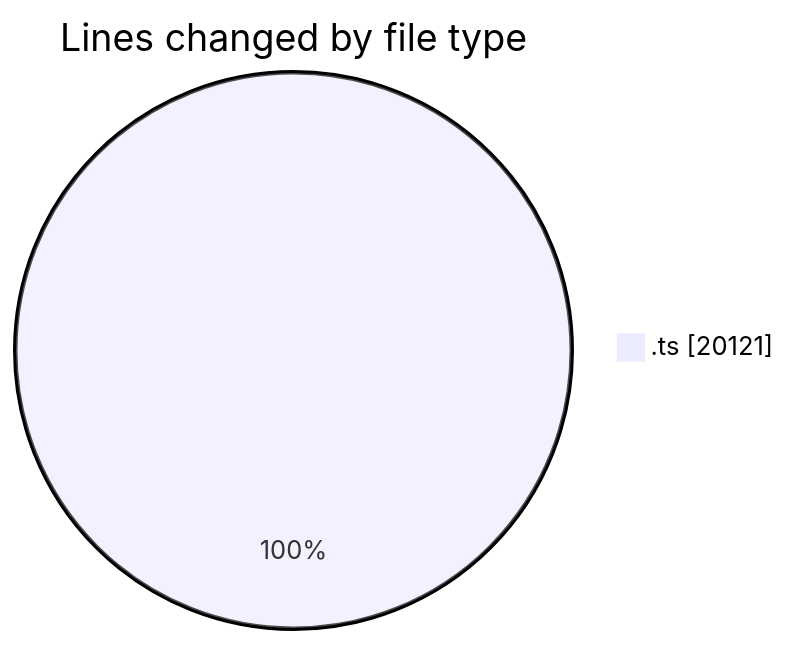
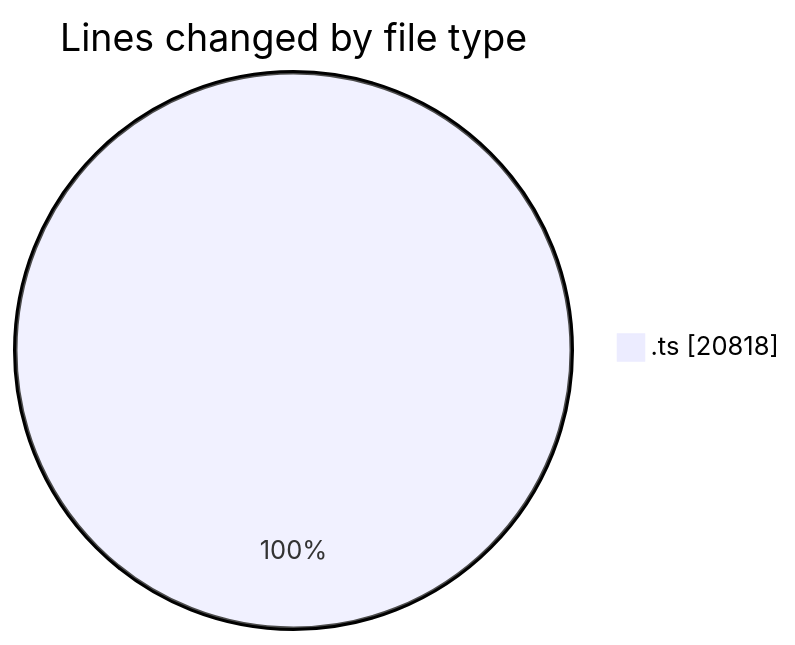
One commit to momahboobian/code-tracking changed the first of 2 diagrams in 2025-09-09/cda/README.md. Above: the diagram before and after it, drawn with Mermaid. The commit also changed other lines of this file and 1 other file, not shown here.

````diff
--- a/2025-09-09/cda/README.md
+++ b/2025-09-09/cda/README.md
@@ -50,5 +55,5 @@
 ```mermaid
 pie showData
 title Lines changed by file type
-".ts" : 20121
+".ts" : 20818
 ```
````
